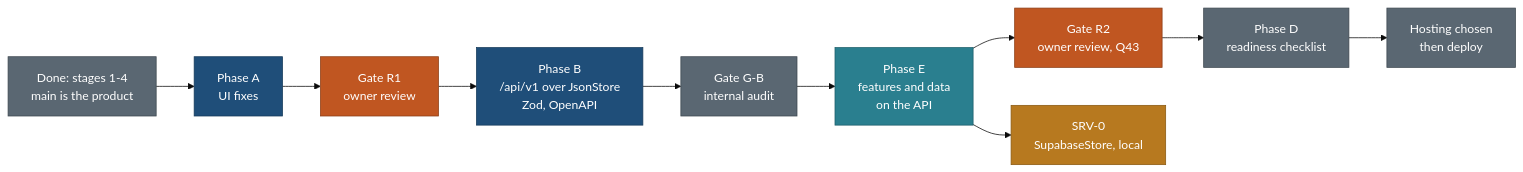
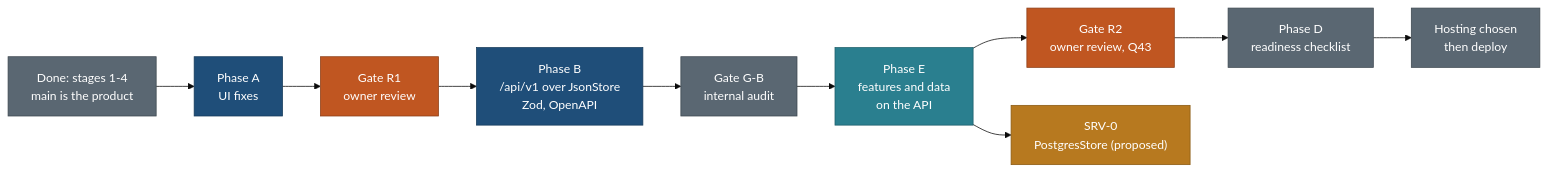
The diagram in docs/v2/PLAN.md (nitin27may/travel), drawn with Mermaid (base theme) before and after one commit. The commit also changed other lines of this file and 46 other files, not shown here.

````diff
--- a/docs/v2/PLAN.md
+++ b/docs/v2/PLAN.md
@@ -11,22 +13,22 @@
 ```mermaid
 flowchart LR
   classDef core fill:#1F4E79,stroke:#163A5A,color:#FFFFFF
   classDef data fill:#2A7F8F,stroke:#1E5F6B,color:#FFFFFF
   classDef ext fill:#B7791F,stroke:#8A5A12,color:#FFFFFF
   classDef gate fill:#C05621,stroke:#8C3E17,color:#FFFFFF
   classDef infra fill:#5A6772,stroke:#3E4850,color:#FFFFFF
 
   DONE["Done: stages 1-4<br/>main is the product"]:::infra
   A["Phase A<br/>UI fixes"]:::core
   R1["Gate R1<br/>owner review"]:::gate
   B["Phase B<br/>/api/v1 over JsonStore<br/>Zod, OpenAPI"]:::core
   GB["Gate G-B<br/>internal audit"]:::infra
   E["Phase E<br/>features and data<br/>on the API"]:::data
   R2["Gate R2<br/>owner review, Q43"]:::gate
   D["Phase D<br/>readiness checklist"]:::infra
-  S["SRV-0<br/>SupabaseStore, local"]:::ext
+  S["SRV-0<br/>PostgresStore (proposed)"]:::ext
   H["Hosting chosen<br/>then deploy"]:::infra
 
   DONE --> A --> R1 --> B --> GB --> E --> R2 --> D --> H
   E --> S
 ```
````
